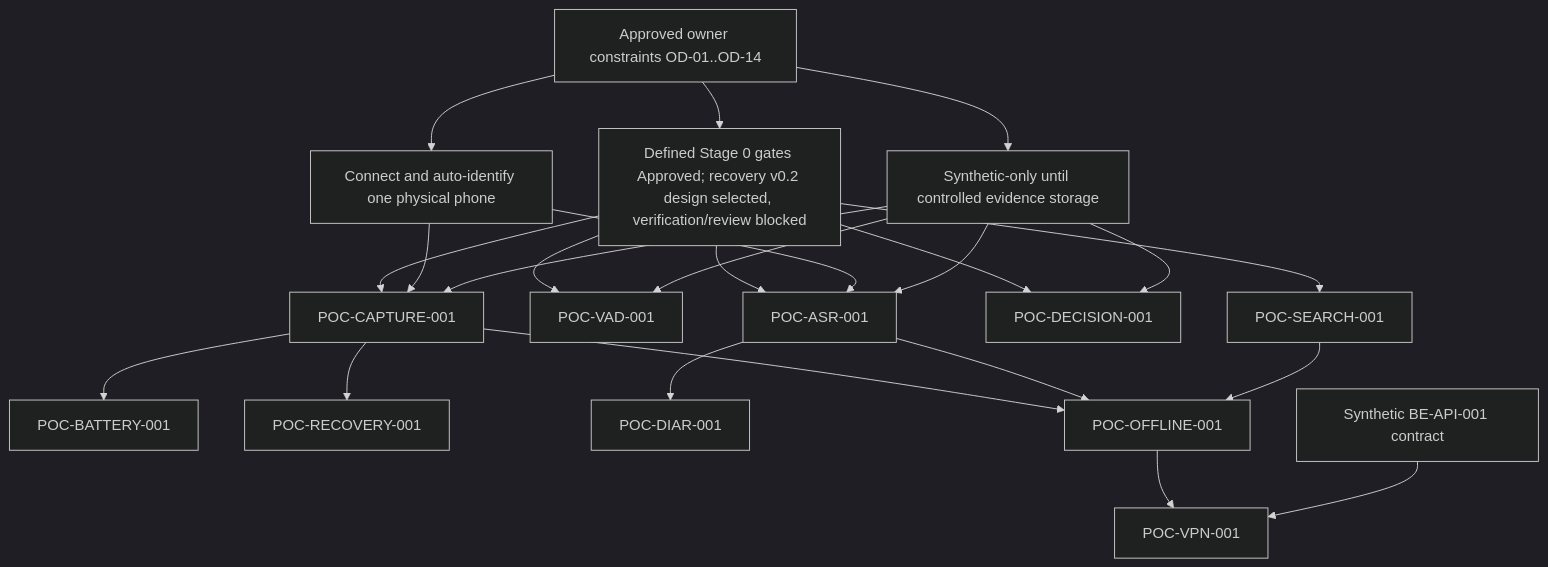
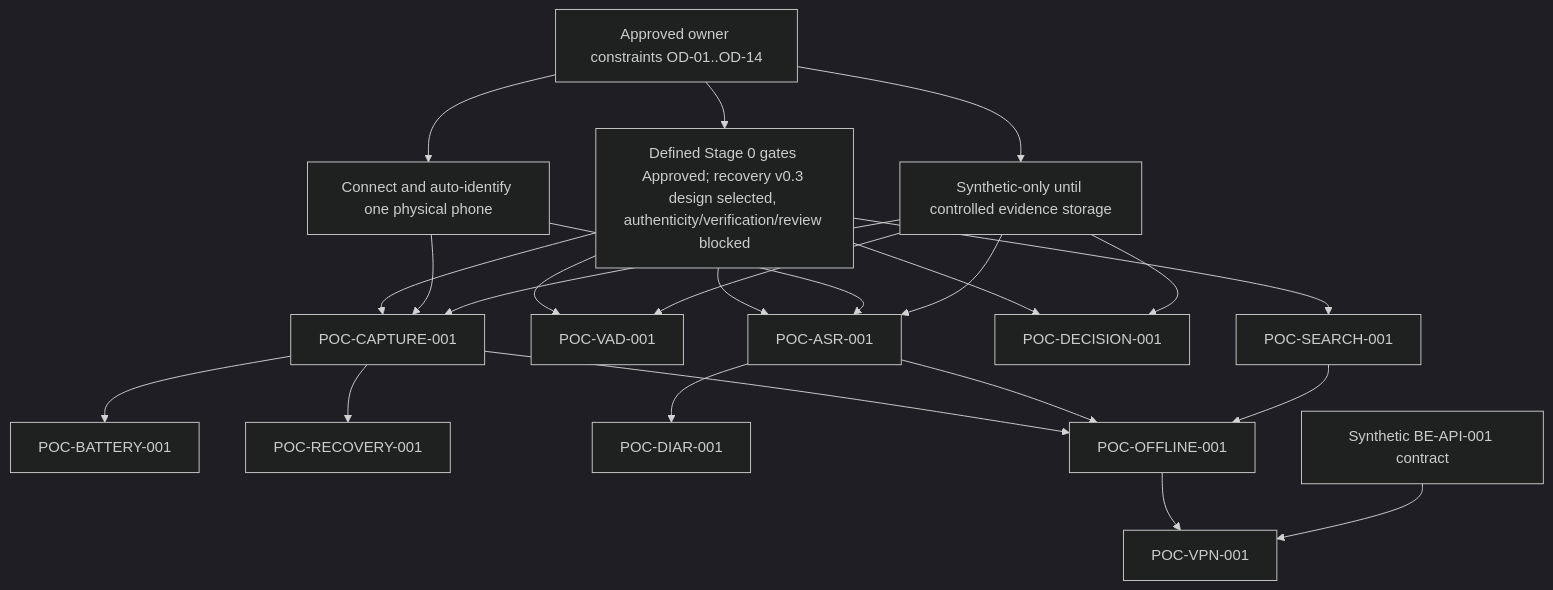
The diagram in docs/stage0/DORA_MVP1_POC_EXECUTION_ORDER.md (Monumentogram/DORA), drawn with Mermaid (dark theme) before and after one commit. The commit also changed other lines of this file and 32 other files, not shown here.

````diff
--- a/docs/stage0/DORA_MVP1_POC_EXECUTION_ORDER.md
+++ b/docs/stage0/DORA_MVP1_POC_EXECUTION_ORDER.md
@@ -34,25 +34,25 @@
 ```mermaid
 flowchart TD
-    O["Approved owner constraints OD-01..OD-14"] --> G["Defined Stage 0 gates Approved; recovery v0.2 design selected, verification/review blocked"]
+    O["Approved owner constraints OD-01..OD-14"] --> G["Defined Stage 0 gates Approved; recovery v0.3 design selected, authenticity/verification/review blocked"]
     O --> D["Connect and auto-identify one physical phone"]
     O --> C["Synthetic-only until controlled evidence storage"]
     G --> CAP["POC-CAPTURE-001"]
     D --> CAP
     C --> CAP
     CAP --> BAT["POC-BATTERY-001"]
     CAP --> REC["POC-RECOVERY-001"]
     G --> VAD["POC-VAD-001"]
     C --> VAD
     G --> ASR["POC-ASR-001"]
     D --> ASR
     C --> ASR
     ASR --> DIAR["POC-DIAR-001"]
     G --> DEC["POC-DECISION-001"]
     C --> DEC
     G --> SEARCH["POC-SEARCH-001"]
     CAP --> OFF["POC-OFFLINE-001"]
     ASR --> OFF
     SEARCH --> OFF
     OFF --> VPN["POC-VPN-001"]
     API["Synthetic BE-API-001 contract"] --> VPN
 ```
````
